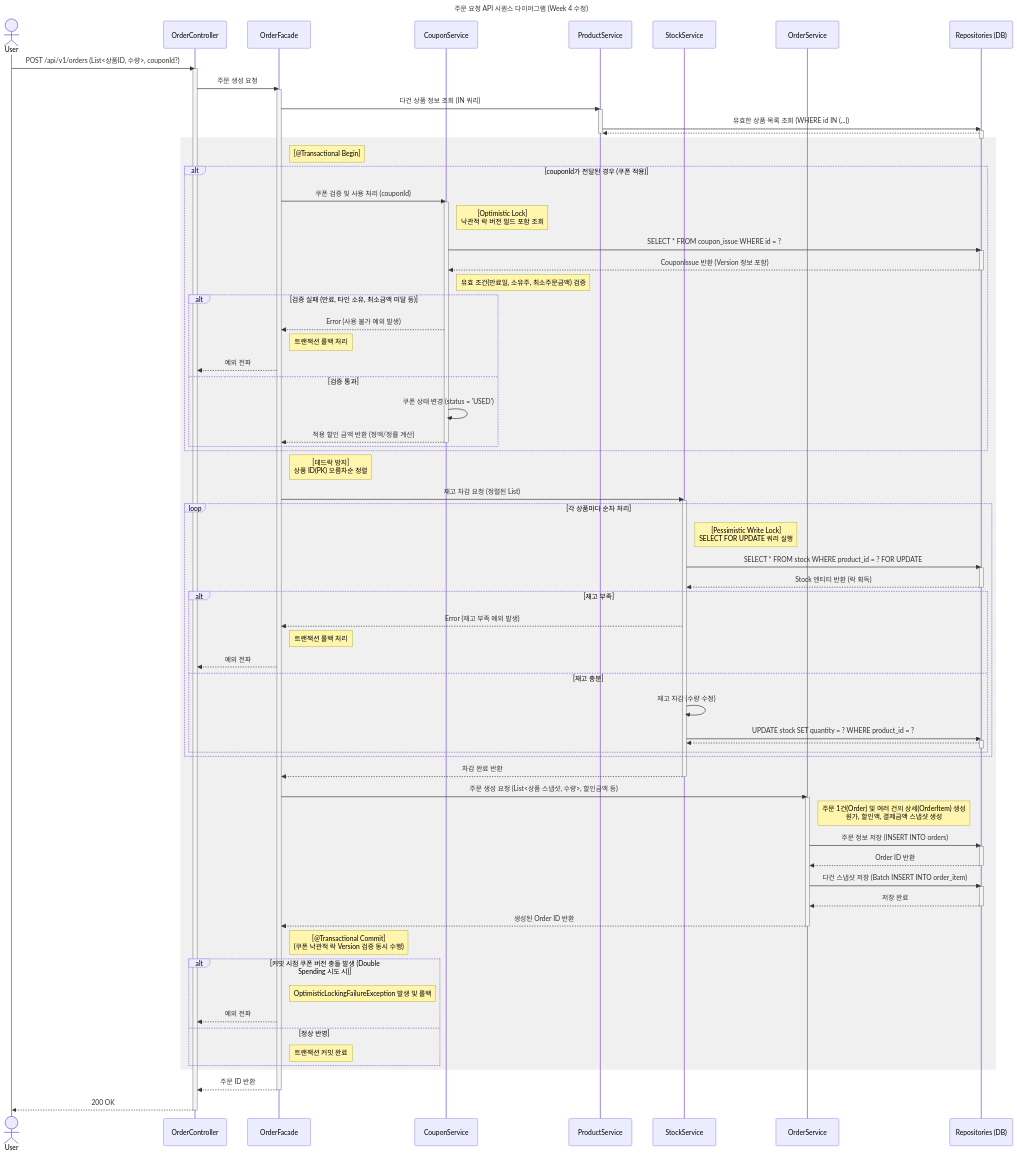
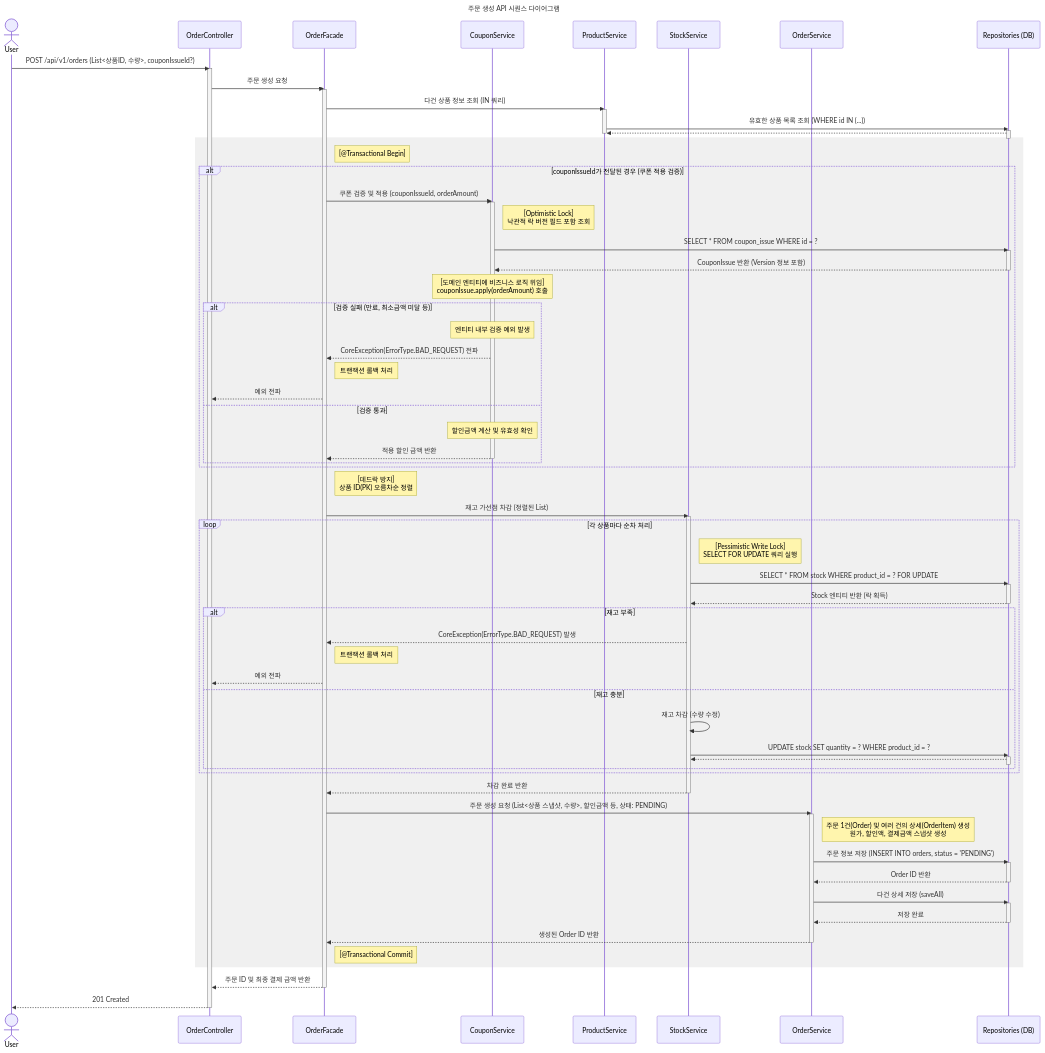
Before and after one commit to loopers-labs/loop-pack-be-l2-vol4-java: the first of 5 diagrams in docs/week2/02-sequence-diagrams.md, drawn with Mermaid. The commit also changed other lines of this file and 4 other files, not shown here.

````diff
--- a/docs/week2/02-sequence-diagrams.md
+++ b/docs/week2/02-sequence-diagrams.md
@@ -1,6 +1,6 @@
 ```mermaid
 sequenceDiagram
-    title 주문 요청 API 시퀀스 다이어그램 (Week 4 수정)
+    title 주문 생성 API 시퀀스 다이어그램
     actor User
     participant Controller as OrderController
     participant Facade as OrderFacade
@@ -10,7 +10,7 @@
     participant OrderSvc as OrderService
     participant Repo as Repositories (DB)
 
-    User->>Controller: POST /api/v1/orders (List<상품ID, 수량>, couponId?)
+    User->>Controller: POST /api/v1/orders (List<상품ID, 수량>, couponIssueId?)
     activate Controller
 
     Controller->>Facade: 주문 생성 요청
@@ -27,8 +27,8 @@
     rect rgb(240, 240, 240)
         Note right of Facade: [@Transactional Begin]
         
-        alt couponId가 전달된 경우 (쿠폰 적용)
-            Facade->>CouponSvc: 쿠폰 검증 및 사용 처리 (couponId)
+        alt couponIssueId가 전달된 경우 (쿠폰 적용 검증)
+            Facade->>CouponSvc: 쿠폰 검증 및 적용 (couponIssueId, orderAmount)
             activate CouponSvc
             Note right of CouponSvc: [Optimistic Lock]<br/>낙관적 락 버전 필드 포함 조회
             CouponSvc->>Repo: SELECT * FROM coupon_issue WHERE id = ?
@@ -36,20 +36,22 @@
             Repo-->>CouponSvc: CouponIssue 반환 (Version 정보 포함)
             deactivate Repo
             
-            Note right of CouponSvc: 유효 조건(만료일, 소유주, 최소주문금액) 검증
-            alt 검증 실패 (만료, 타인 소유, 최소금액 미달 등)
-                CouponSvc-->>Facade: Error (사용 불가 예외 발생)
+            Note over CouponSvc: [도메인 엔티티에 비즈니스 로직 위임]<br/>couponIssue.apply(orderAmount) 호출
+            
+            alt 검증 실패 (만료, 최소금액 미달 등)
+                Note over CouponSvc: 엔티티 내부 검증 예외 발생
+                CouponSvc-->>Facade: CoreException(ErrorType.BAD_REQUEST) 전파
                 Note right of Facade: 트랜잭션 롤백 처리
                 Facade-->>Controller: 예외 전파
             else 검증 통과
-                CouponSvc->>CouponSvc: 쿠폰 상태 변경 (status = 'USED')
-                CouponSvc-->>Facade: 적용 할인 금액 반환 (정액/정률 계산)
+                Note over CouponSvc: 할인금액 계산 및 유효성 확인
+                CouponSvc-->>Facade: 적용 할인 금액 반환
                 deactivate CouponSvc
             end
         end
 
         Note right of Facade: [데드락 방지]<br/>상품 ID(PK) 오름차순 정렬
-        Facade->>StockSvc: 재고 차감 요청 (정렬된 List)
+        Facade->>StockSvc: 재고 가선점 차감 (정렬된 List)
         activate StockSvc
         
         loop 각 상품마다 순차 처리
@@ -60,7 +62,7 @@
             deactivate Repo
             
             alt 재고 부족
-                StockSvc-->>Facade: Error (재고 부족 예외 발생)
+                StockSvc-->>Facade: CoreException(ErrorType.BAD_REQUEST) 발생
                 Note right of Facade: 트랜잭션 롤백 처리
                 Facade-->>Controller: 예외 전파
             else 재고 충분
@@ -74,33 +76,27 @@
         StockSvc-->>Facade: 차감 완료 반환
         deactivate StockSvc
 
-        Facade->>OrderSvc: 주문 생성 요청 (List<상품 스냅샷, 수량>, 할인금액 등)
+        Facade->>OrderSvc: 주문 생성 요청 (List<상품 스냅샷, 수량>, 할인금액 등, 상태: PENDING)
         activate OrderSvc
         Note right of OrderSvc: 주문 1건(Order) 및 여러 건의 상세(OrderItem) 생성<br/>원가, 할인액, 결제금액 스냅샷 생성
         
-        OrderSvc->>Repo: 주문 정보 저장 (INSERT INTO orders)
+        OrderSvc->>Repo: 주문 정보 저장 (INSERT INTO orders, status = 'PENDING')
         activate Repo
         Repo-->>OrderSvc: Order ID 반환
         deactivate Repo
         
-        OrderSvc->>Repo: 다건 스냅샷 저장 (Batch INSERT INTO order_item)
+        OrderSvc->>Repo: 다건 상세 저장 (saveAll)
         activate Repo
         Repo-->>OrderSvc: 저장 완료
         deactivate Repo
         OrderSvc-->>Facade: 생성된 Order ID 반환
         deactivate OrderSvc
 
-        Note right of Facade: [@Transactional Commit]<br/>(쿠폰 낙관적 락 Version 검증 동시 수행)
-        alt 커밋 시점 쿠폰 버전 충돌 발생 (Double Spending 시도 시)
-            Note right of Facade: OptimisticLockingFailureException 발생 및 롤백
-            Facade-->>Controller: 예외 전파
-        else 정상 반영
-            Note right of Facade: 트랜잭션 커밋 완료
-        end
+        Note right of Facade: [@Transactional Commit]
     end
 
-    Facade-->>Controller: 주문 ID 반환
+    Facade-->>Controller: 주문 ID 및 최종 결제 금액 반환
     deactivate Facade
-    Controller-->>User: 200 OK
+    Controller-->>User: 201 Created
     deactivate Controller
 ```
````
